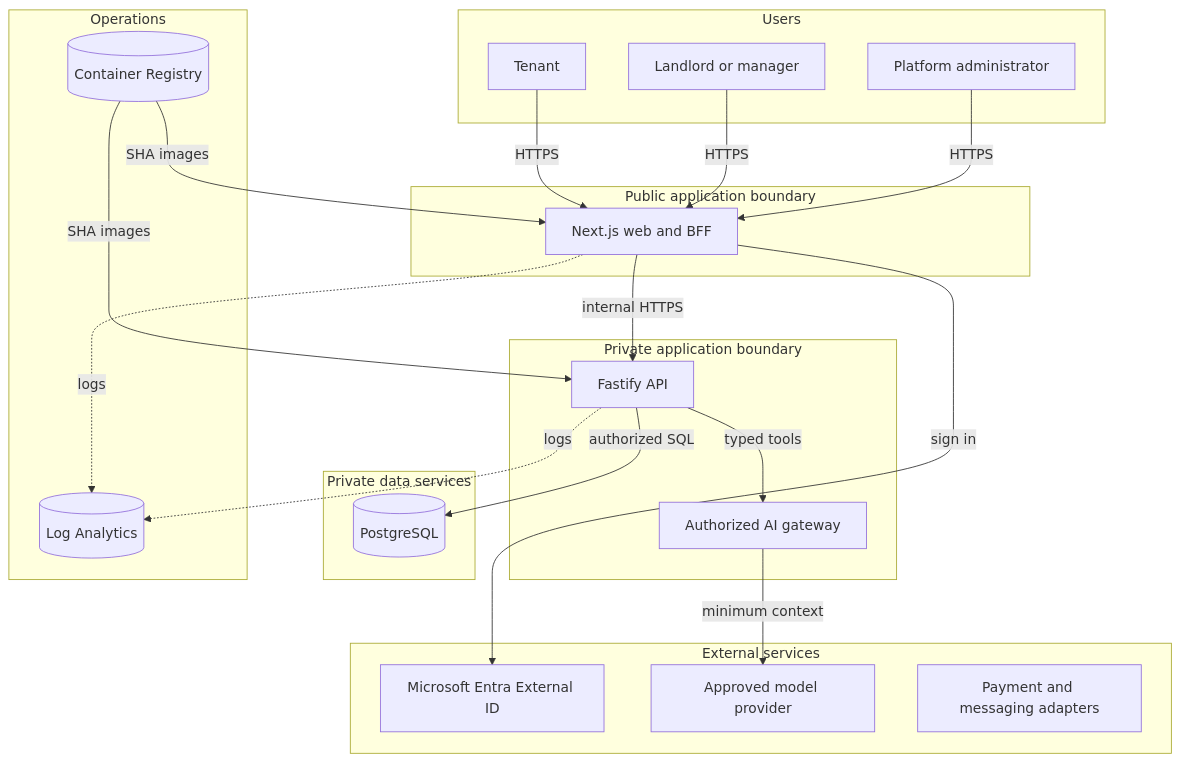
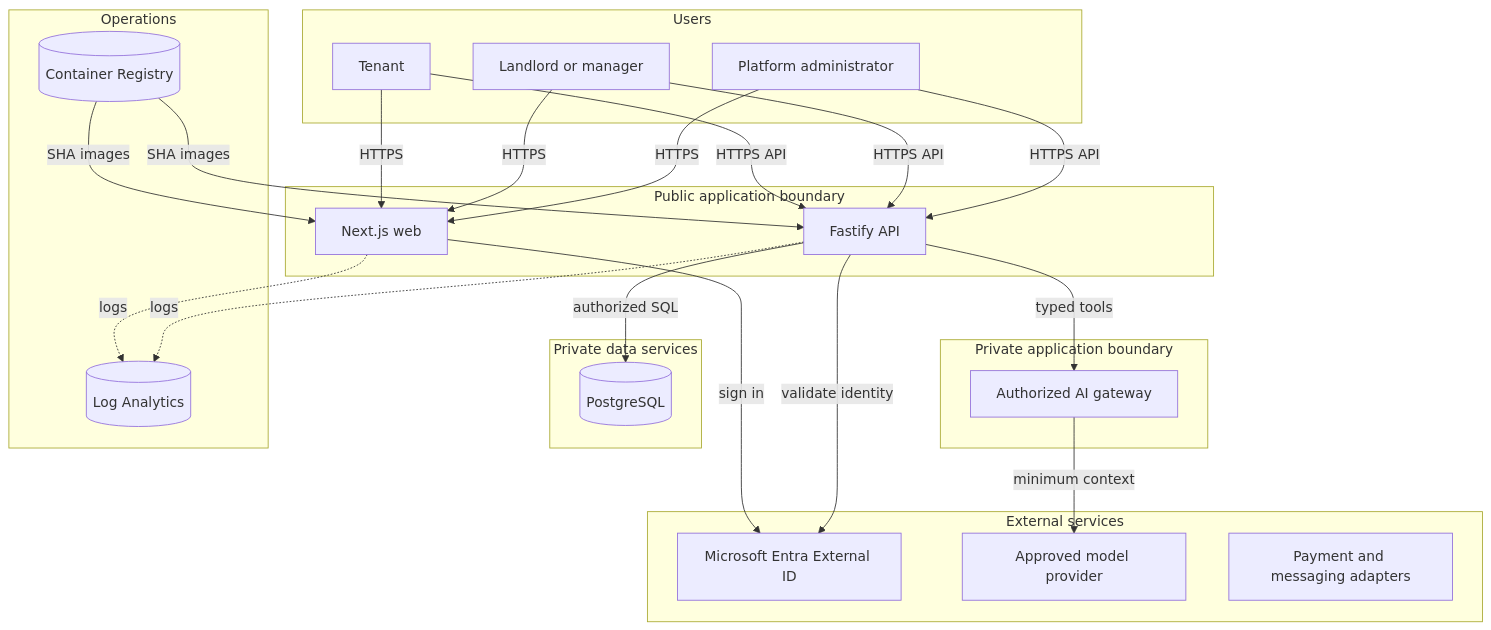
The first of 2 diagrams in docs/architecture/AZURE_ARCHITECTURE.md (keyforta/keyforta-property), drawn with Mermaid before and after one commit. The commit also changed other lines of this file and 72 other files, not shown here.

````diff
--- a/docs/architecture/AZURE_ARCHITECTURE.md
+++ b/docs/architecture/AZURE_ARCHITECTURE.md
@@ -12,40 +12,43 @@
 ```mermaid
 flowchart TD
     subgraph Users["Users"]
         Tenant["Tenant"]
         Landlord["Landlord or manager"]
         Admin["Platform administrator"]
     end
     subgraph PublicEdge["Public application boundary"]
-        Web["Next.js web and BFF"]
+        Web["Next.js web"]
+        Api["Fastify API"]
     end
     subgraph PrivateApps["Private application boundary"]
-        Api["Fastify API"]
         AiGateway["Authorized AI gateway"]
     end
     subgraph DataServices["Private data services"]
         Pg[("PostgreSQL")]
     end
     subgraph Operations["Operations"]
         Registry[("Container Registry")]
         Logs[("Log Analytics")]
     end
     subgraph ExternalServices["External services"]
         Identity["Microsoft Entra External ID"]
         Models["Approved model provider"]
         Providers["Payment and messaging adapters"]
     end
 
     Tenant -->|"HTTPS"| Web
     Landlord -->|"HTTPS"| Web
     Admin -->|"HTTPS"| Web
-    Web -->|"internal HTTPS"| Api
+    Tenant -->|"HTTPS API"| Api
+    Landlord -->|"HTTPS API"| Api
+    Admin -->|"HTTPS API"| Api
     Web -->|"sign in"| Identity
+    Api -->|"validate identity"| Identity
     Api -->|"authorized SQL"| Pg
     Api -->|"typed tools"| AiGateway
     AiGateway -->|"minimum context"| Models
     Registry -->|"SHA images"| Web
     Registry -->|"SHA images"| Api
     Web -.->|"logs"| Logs
     Api -.->|"logs"| Logs
 ```
````
